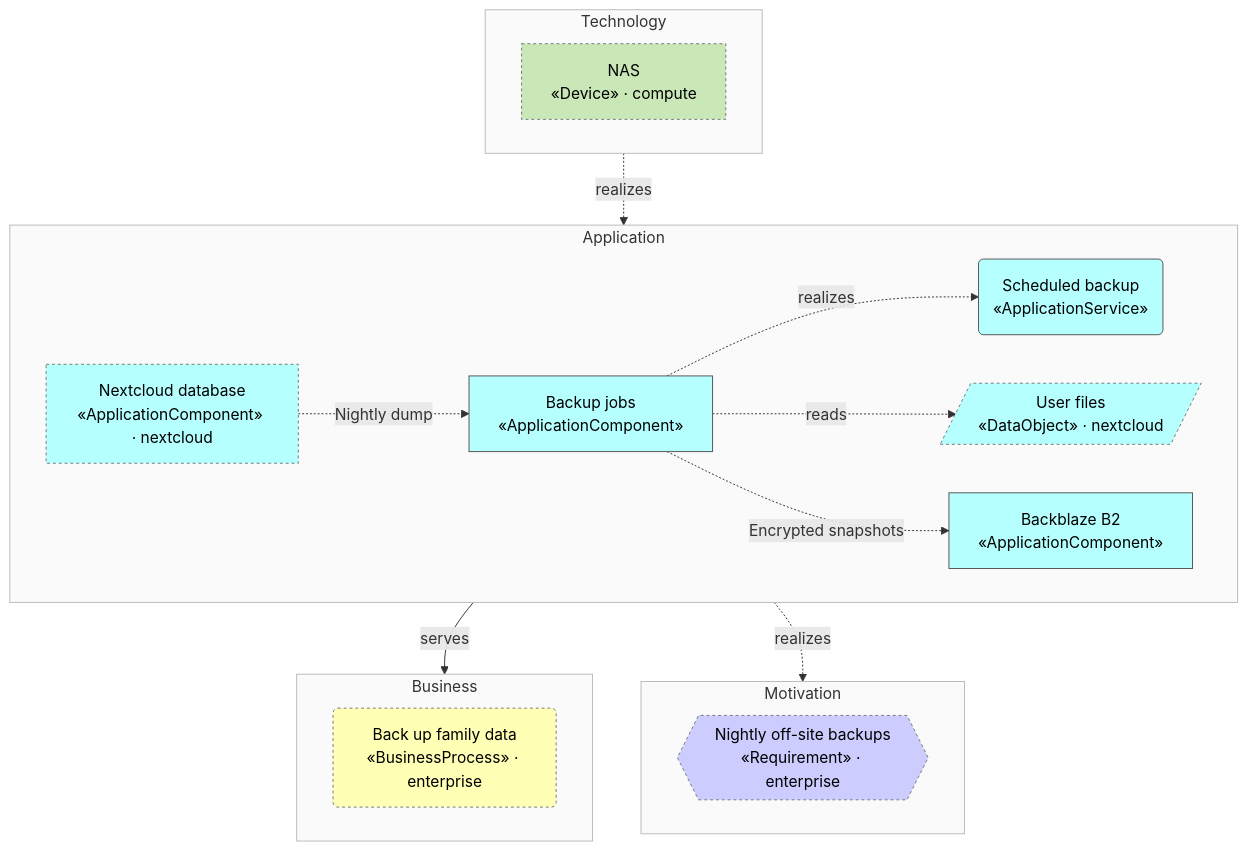
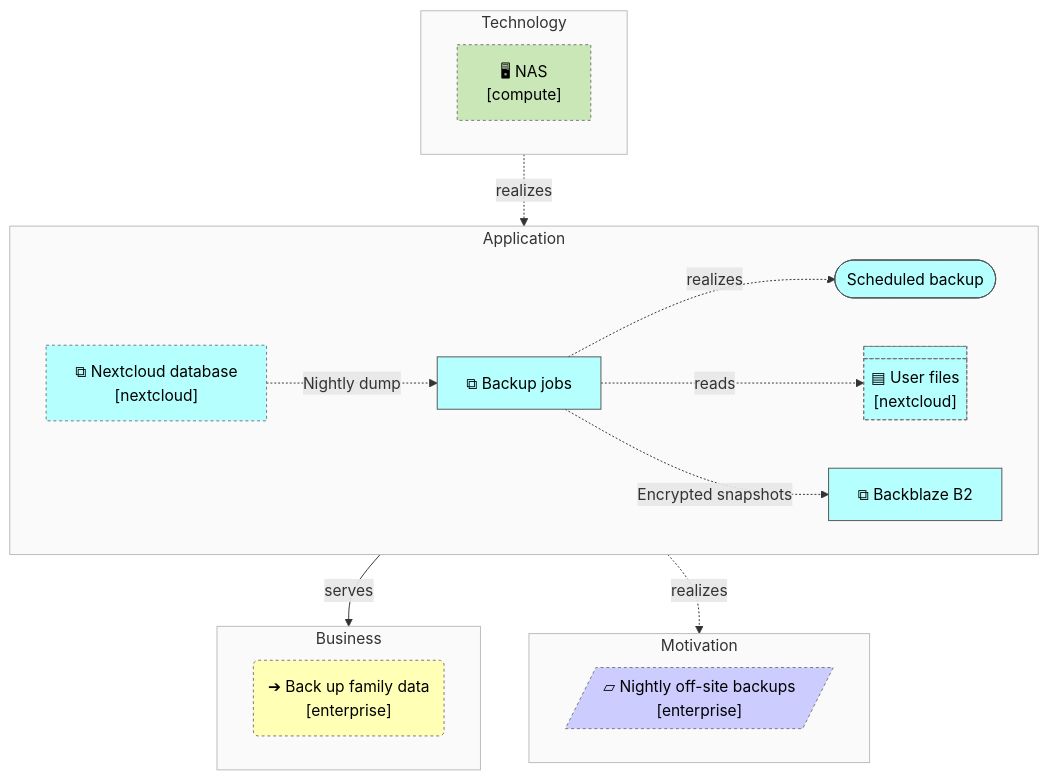
Before and after one commit to b-zig/a4m: the second of 3 diagrams in docs/backup/view-overview.md, drawn with Mermaid. The commit also changed other lines of this file and 15 other files, not shown here.

First line of the commit message:
Approximate ArchiMate notation in Mermaid flowcharts

````diff
--- a/docs/backup/view-overview.md
+++ b/docs/backup/view-overview.md
@@ -65,44 +67,44 @@
 ```mermaid
 flowchart TB
   subgraph layer_motivation["Motivation"]
     direction LR
-    enterprise__mot_req_backup{{"Nightly off-site backups<br/>«Requirement» · enterprise"}}
+    enterprise__mot_req_backup@{ shape: lean-r, label: "▱ Nightly off-site backups<br/>[enterprise]" }
   end
   subgraph layer_business["Business"]
     direction LR
-    enterprise__bus_proc_backup("Back up family data<br/>«BusinessProcess» · enterprise")
+    enterprise__bus_proc_backup@{ shape: rounded, label: "➔ Back up family data<br/>[enterprise]" }
   end
   subgraph layer_application["Application"]
     direction LR
-    app_backup["Backup jobs<br/>«ApplicationComponent»"]
-    app_svc_backup("Scheduled backup<br/>«ApplicationService»")
-    app_offsite_b2["Backblaze B2<br/>«ApplicationComponent»"]
-    nextcloud__app_data_files[/"User files<br/>«DataObject» · nextcloud"/]
-    nextcloud__app_nextcloud_db["Nextcloud database<br/>«ApplicationComponent» · nextcloud"]
+    app_backup@{ shape: rect, label: "⧉ Backup jobs" }
+    app_svc_backup@{ shape: stadium, label: "Scheduled backup" }
+    app_offsite_b2@{ shape: rect, label: "⧉ Backblaze B2" }
+    nextcloud__app_data_files@{ shape: div-rect, label: "▤ User files<br/>[nextcloud]" }
+    nextcloud__app_nextcloud_db@{ shape: rect, label: "⧉ Nextcloud database<br/>[nextcloud]" }
   end
   subgraph layer_technology["Technology"]
     direction LR
-    compute__tech_nas["NAS<br/>«Device» · compute"]
+    compute__tech_nas@{ shape: rect, label: "🖥 NAS<br/>[compute]" }
   end
   app_backup -.->|"realizes"| app_svc_backup
   app_svc_backup -->|"serves"| enterprise__bus_proc_backup
   app_backup -.->|"realizes"| enterprise__mot_req_backup
   compute__tech_nas -.->|"realizes"| app_backup
   app_backup -.->|"reads"| nextcloud__app_data_files
   nextcloud__app_nextcloud_db -.->|"Nightly dump"| app_backup
   app_backup -.->|"Encrypted snapshots"| app_offsite_b2
   classDef motivation fill:#CCCCFF,stroke:#555,color:#000
   class enterprise__mot_req_backup motivation
   style layer_motivation fill:#fafafa,stroke:#bbb
   classDef business fill:#FFFFB5,stroke:#555,color:#000
   class enterprise__bus_proc_backup business
   style layer_business fill:#fafafa,stroke:#bbb
   classDef application fill:#B5FFFF,stroke:#555,color:#000
   class app_backup,app_svc_backup,app_offsite_b2,nextcloud__app_data_files,nextcloud__app_nextcloud_db application
   style layer_application fill:#fafafa,stroke:#bbb
   classDef technology fill:#C9E7B7,stroke:#555,color:#000
   class compute__tech_nas technology
   style layer_technology fill:#fafafa,stroke:#bbb
   classDef foreign stroke:#777,stroke-dasharray:3 3
   class compute__tech_nas,enterprise__bus_proc_backup,enterprise__mot_req_backup,nextcloud__app_data_files,nextcloud__app_nextcloud_db foreign
 ```
````
